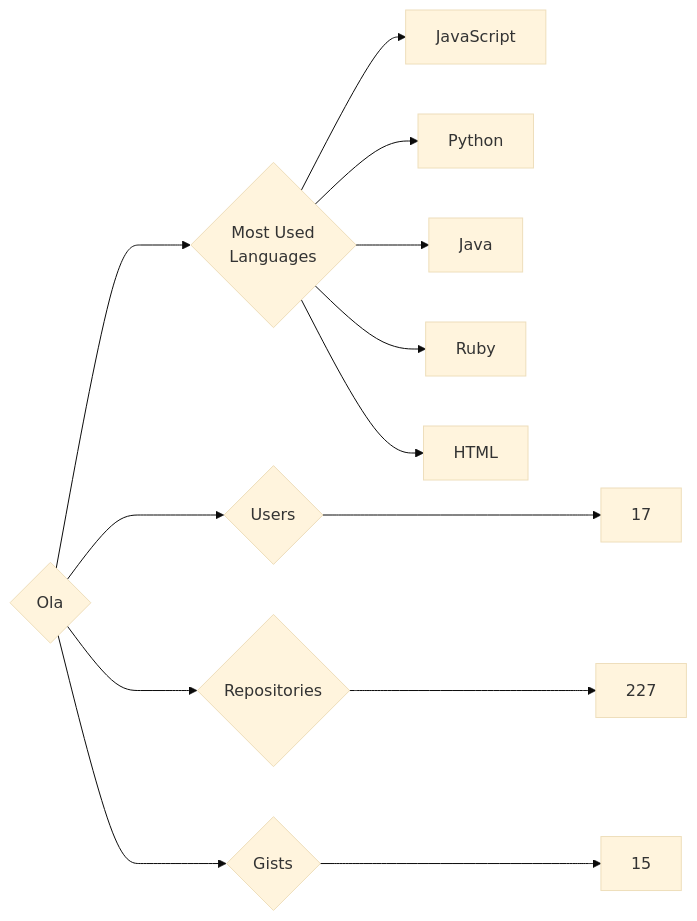
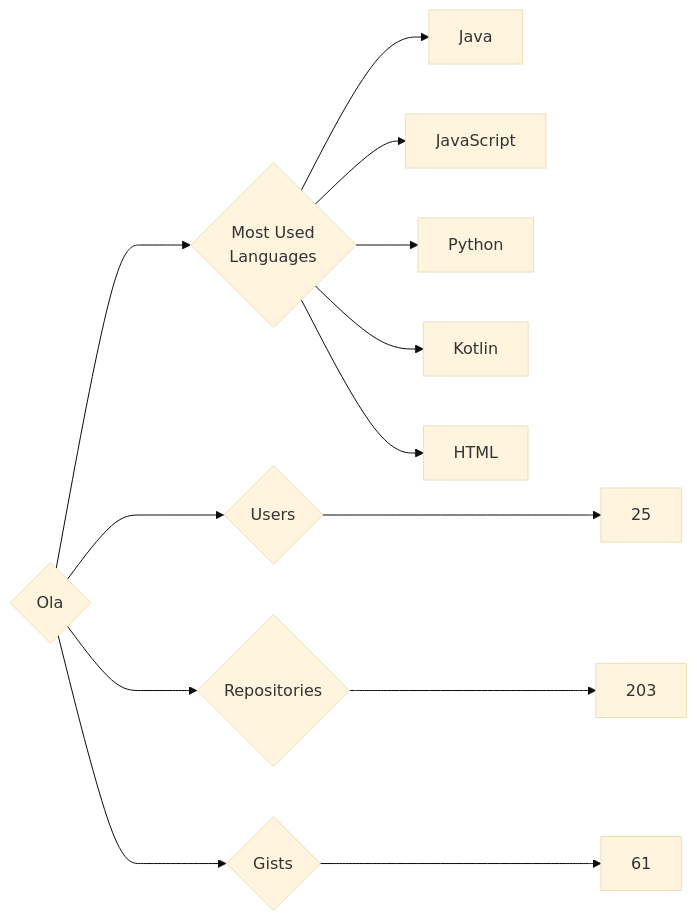
Before and after one commit to trickest/insiders: the diagram in targets/Ola/README.md, drawn with Mermaid (base theme). The commit also changed 833 other files, not shown here.

````diff
--- a/targets/Ola/README.md
+++ b/targets/Ola/README.md
@@ -3,13 +3,13 @@
 ```mermaid
 graph LR
 COMPANY_NAME{Ola}
-COMPANY_NAME ---> U{Users} ---> UN[17]
-COMPANY_NAME ---> R{Repositories} ---> RN[227]
-COMPANY_NAME ---> G{Gists} ---> GN[15]
+COMPANY_NAME ---> U{Users} ---> UN[25]
+COMPANY_NAME ---> R{Repositories} ---> RN[203]
+COMPANY_NAME ---> G{Gists} ---> GN[61]
 COMPANY_NAME ---> ML{Most Used<br>Languages}
+ML --> Java[Java]
 ML --> JavaScript[JavaScript]
 ML --> Python[Python]
-ML --> Java[Java]
-ML --> Ruby[Ruby]
+ML --> Kotlin[Kotlin]
 ML --> HTML[HTML]
 ```
````
